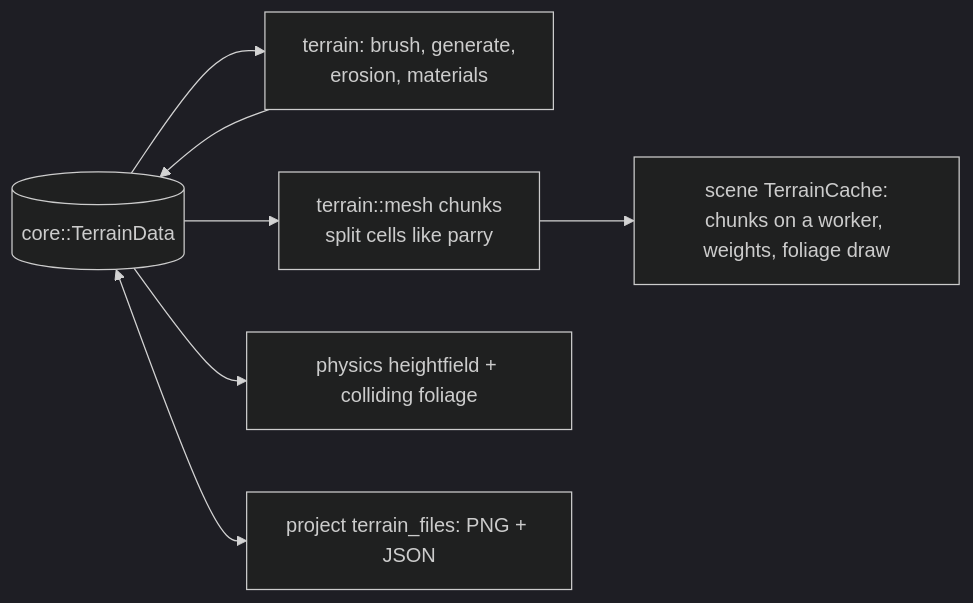
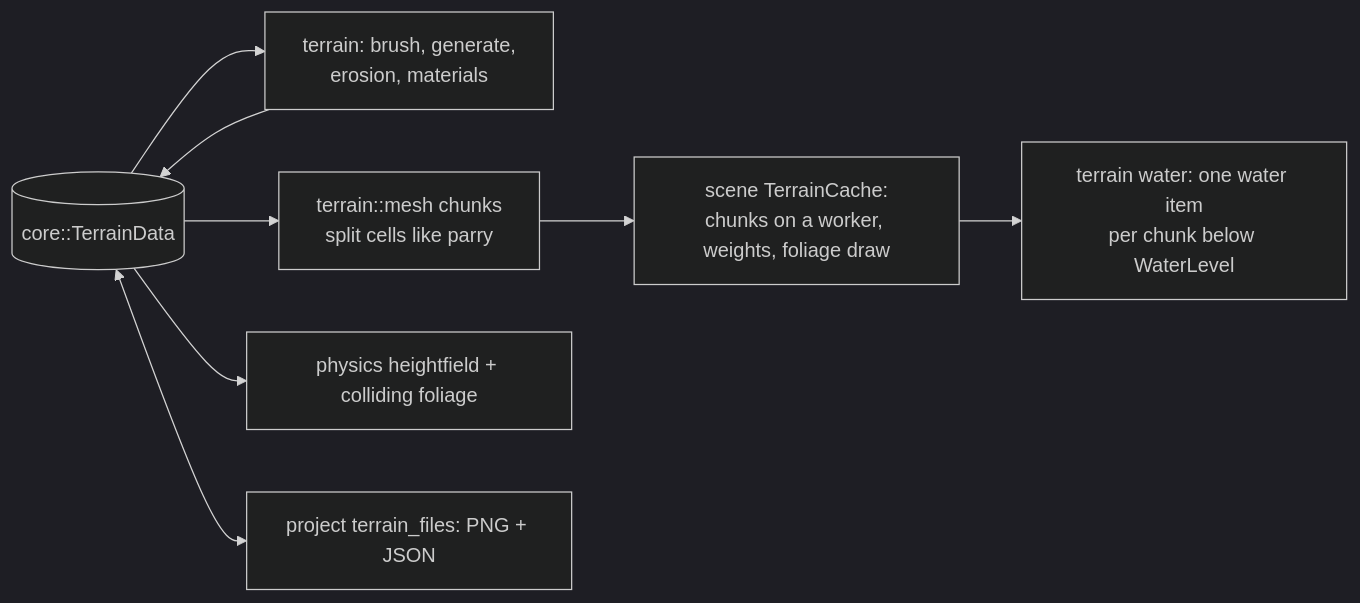
The diagram in wiki/Engine-Systems/Terrain.md (MrBearson321/Axcenity-Engine), drawn with Mermaid (dark theme) before and after one commit. The commit also changed other lines of this file and 14 other files, not shown here.

First line of the commit message:
Terrain water with waves (LE4)

````diff
--- a/wiki/Engine-Systems/Terrain.md
+++ b/wiki/Engine-Systems/Terrain.md
@@ -21,9 +21,10 @@
 ```mermaid
 flowchart LR
   TD[(core::TerrainData)] --> TB[terrain: brush, generate,<br/>erosion, materials]
   TB --> TD
   TD --> MESH[terrain::mesh chunks<br/>split cells like parry]
   MESH --> SC[scene TerrainCache:<br/>chunks on a worker, weights, foliage draw]
+  SC --> WA[terrain water: one water item<br/>per chunk below WaterLevel]
   TD --> PH[physics heightfield + colliding foliage]
   TD <--> PR[project terrain_files: PNG + JSON]
 ```
````
